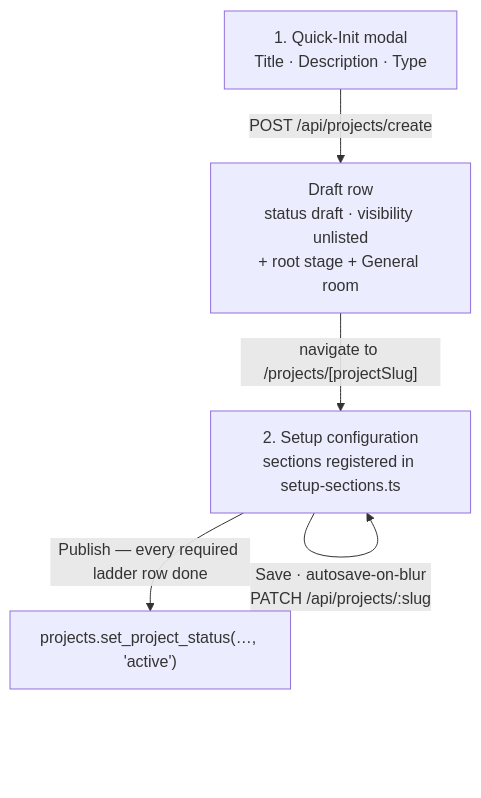
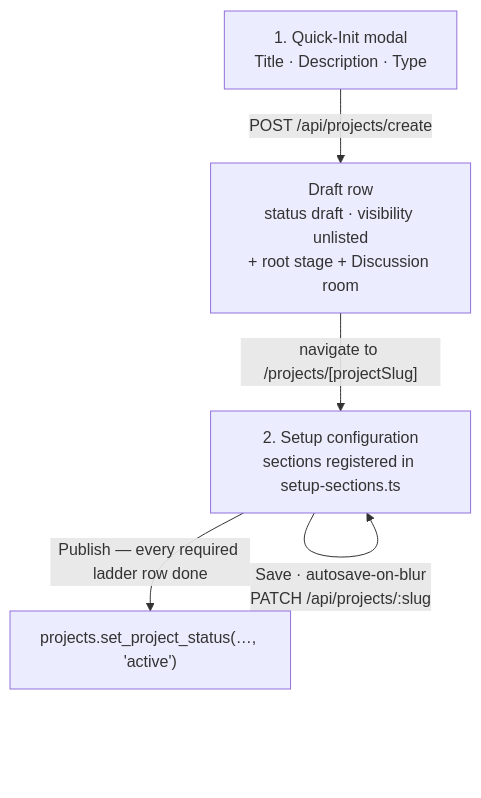
One commit to Kotsiee/Projective.com changed the diagram in documentation/flows/Projects.md. Above: the diagram before and after it, drawn with Mermaid. The commit also changed other lines of this file and 108 other files, not shown here.

````diff
--- a/documentation/flows/Projects.md
+++ b/documentation/flows/Projects.md
@@ -30,7 +30,7 @@
 ```mermaid
 flowchart TD
-    A["1. Quick-Init modal<br/>Title · Description · Type"] -->|"POST /api/projects/create"| B["Draft row<br/>status draft · visibility unlisted<br/>+ root stage + General room"]
+    A["1. Quick-Init modal<br/>Title · Description · Type"] -->|"POST /api/projects/create"| B["Draft row<br/>status draft · visibility unlisted<br/>+ root stage + Discussion room"]
     B -->|"navigate to /projects/[projectSlug]"| C["2. Setup configuration<br/>sections registered in setup-sections.ts"]
     C -->|"Save · autosave-on-blur<br/>PATCH /api/projects/:slug"| C
     C -->|"Publish — every required ladder row done"| D["projects.set_project_status(…, 'active')"]
 ```
````
